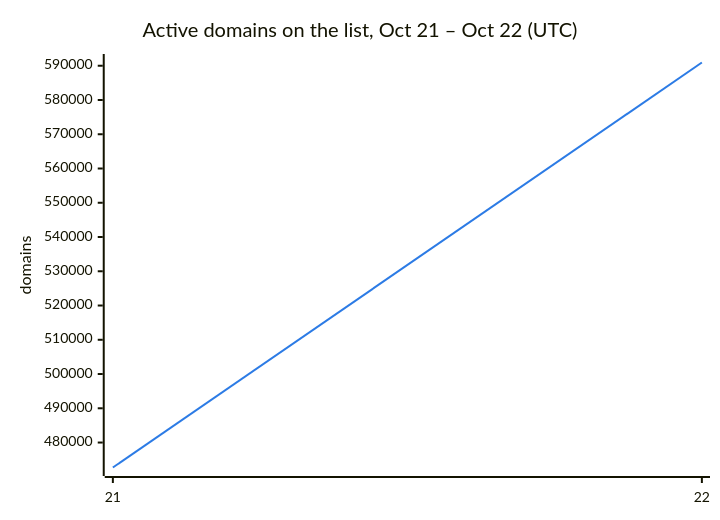
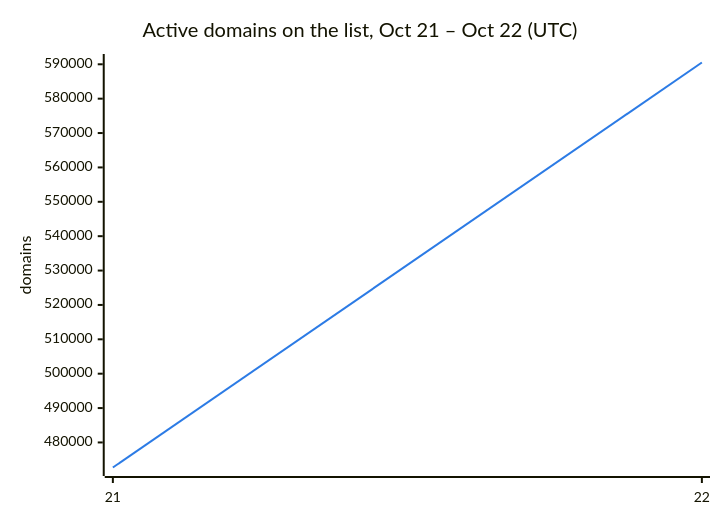
Before and after one commit to DNSBunker/CTI: the second of 3 diagrams in README.md, drawn with Mermaid. The commit also changed other lines of this file and 3 other files, not shown here.

````diff
--- a/README.md
+++ b/README.md
@@ -38,8 +38,8 @@
 ```mermaid
 %%{init: {"themeVariables": {"xyChart": {"plotColorPalette": "#2c7be5"}}}}%%
 xychart-beta
     title "Active domains on the list, Oct 21 – Oct 22 (UTC)"
     x-axis ["21", "22"]
     y-axis "domains"
-    line [472713, 590946]
+    line [472713, 590521]
 ```
````
